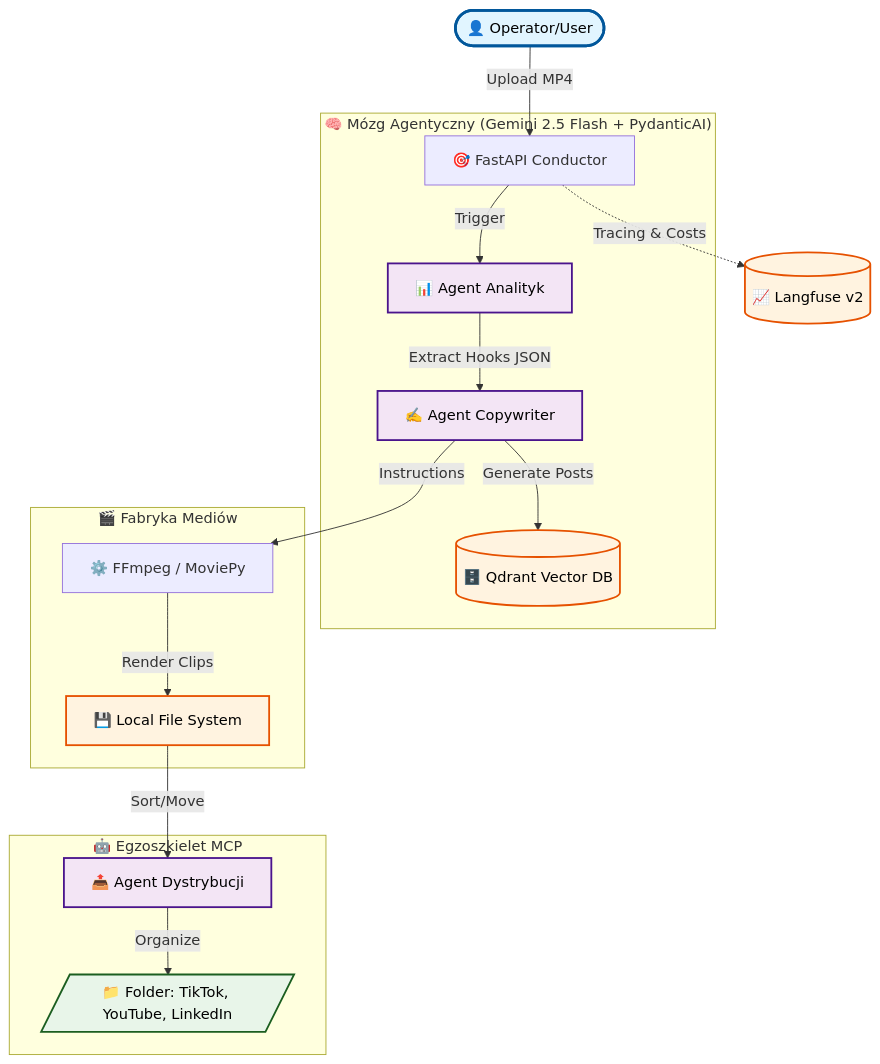
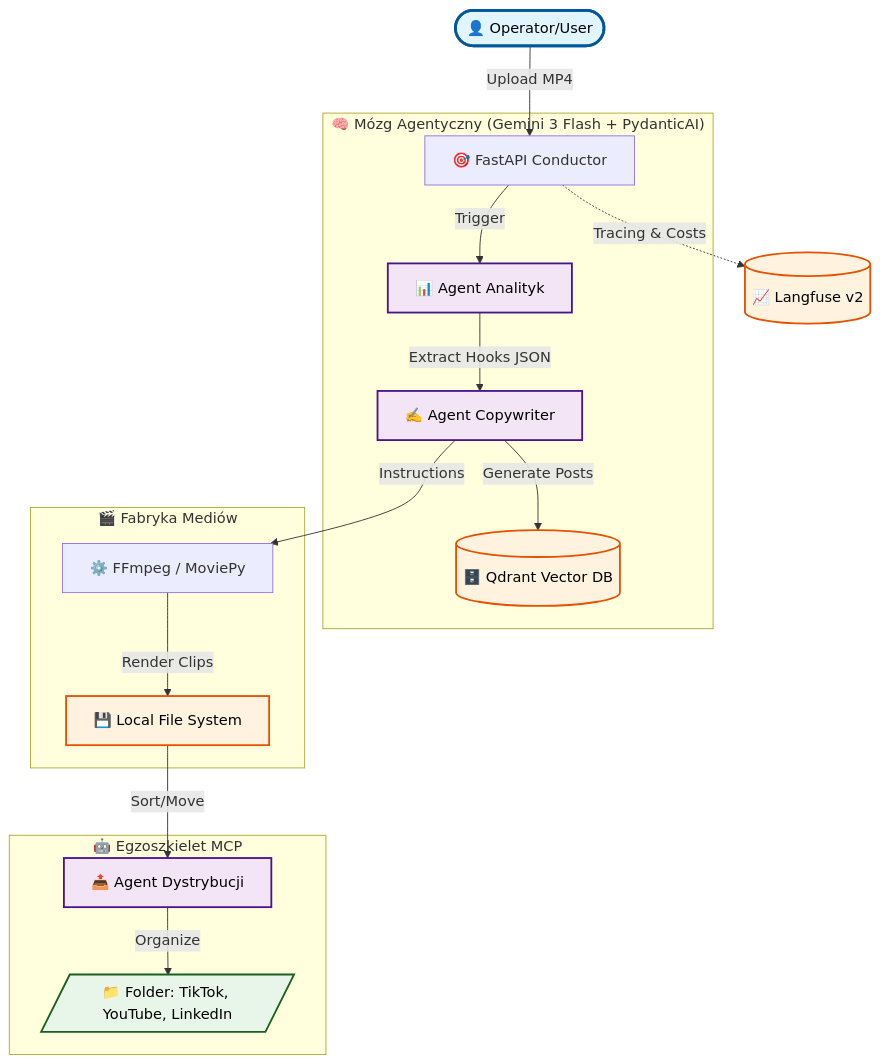
Before and after one commit to takzen/omni-operator-v1: the diagram in README.md, drawn with Mermaid. The commit also changed other lines of this file and 10 other files, not shown here.

````diff
--- a/README.md
+++ b/README.md
@@ -42,32 +42,32 @@
 ```mermaid
 graph TD
     User([👤 Operator/User]) -->|Upload MP4| API[🎯 FastAPI Conductor]
 
-    subgraph Brain["🧠 Mózg Agentyczny (Gemini 2.5 Flash + PydanticAI)"]
+    subgraph Brain["🧠 Mózg Agentyczny (Gemini 3 Flash + PydanticAI)"]
         API -->|Trigger| Analyst[📊 Agent Analityk]
         Analyst -->|Extract Hooks JSON| Copywriter[✍️ Agent Copywriter]
         Copywriter -->|Generate Posts| Memory[(🗄️ Qdrant Vector DB)]
     end
 
     subgraph Factory["🎬 Fabryka Mediów"]
         Copywriter -->|Instructions| VideoEngine[⚙️ FFmpeg / MoviePy]
         VideoEngine -->|Render Clips| Storage[💾 Local File System]
     end
 
     subgraph MCP["🤖 Egzoszkielet MCP"]
         Storage -->|Sort/Move| Dispatcher[📤 Agent Dystrybucji]
         Dispatcher -->|Organize| FinalOutput[/📁 Folder: TikTok, YouTube, LinkedIn/]
     end
 
     API -.->|Tracing & Costs| Langfuse[(📈 Langfuse v2)]
 
     classDef userNode fill:#e1f5ff,stroke:#01579b,stroke-width:3px,color:#000
     classDef agentNode fill:#f3e5f5,stroke:#4a148c,stroke-width:2px,color:#000
     classDef storageNode fill:#fff3e0,stroke:#e65100,stroke-width:2px,color:#000
     classDef outputNode fill:#e8f5e9,stroke:#1b5e20,stroke-width:2px,color:#000
 
     class User userNode
     class Analyst,Copywriter,Dispatcher agentNode
     class Memory,Storage,Langfuse storageNode
     class FinalOutput outputNode
 ```
````
